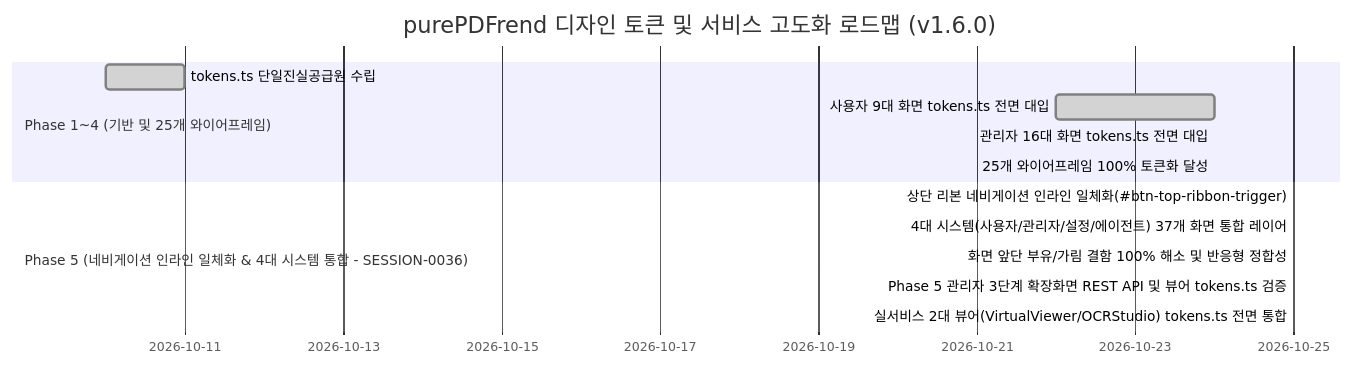
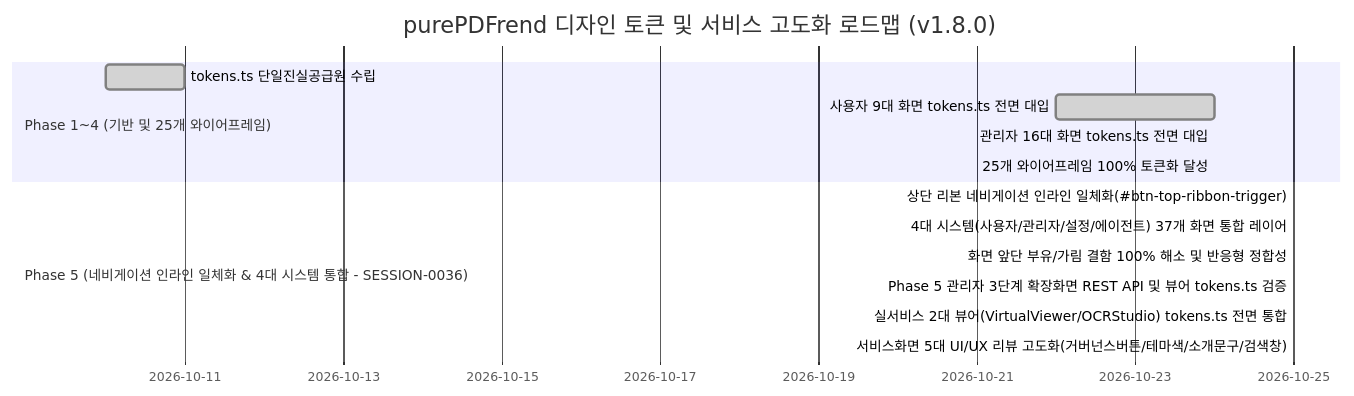
One commit to jkoogit/purePDFrend changed the diagram in docs/07.로드맵/07-02_화면별_디자인_토큰_적용현황_및_단계별_로드맵.md. Above: the diagram before and after it, drawn with Mermaid. The commit also changed other lines of this file and 16 other files, not shown here.

````diff
--- a/docs/07.로드맵/07-02_화면별_디자인_토큰_적용현황_및_단계별_로드맵.md
+++ b/docs/07.로드맵/07-02_화면별_디자인_토큰_적용현황_및_단계별_로드맵.md
@@ -116,16 +118,17 @@
 ```mermaid
 gantt
-    title purePDFrend 디자인 토큰 및 서비스 고도화 로드맵 (v1.6.0)
+    title purePDFrend 디자인 토큰 및 서비스 고도화 로드맵 (v1.8.0)
     dateFormat  YYYY-MM-DD
     section Phase 1~4 (기반 및 25개 와이어프레임)
     tokens.ts 단일진실공급원 수립           :done,    p1_1, 2026-10-10, 2026-10-11
     사용자 9대 화면 tokens.ts 전면 대입     :done,    p1_2, 2026-10-22, 2026-10-24
     관리자 16대 화면 tokens.ts 전면 대입    :done,    p1_3, 2026-10-24, 2026-10-24
     25개 와이어프레임 100% 토큰화 달성      :done,    p1_4, 2026-10-24, 2026-10-24
     section Phase 5 (네비게이션 인라인 일체화 & 4대 시스템 통합 - SESSION-0036)
     상단 리본 네비게이션 인라인 일체화(#btn-top-ribbon-trigger) :done, p5_1, 2026-10-25, 2026-10-25
     4대 시스템(사용자/관리자/설정/에이전트) 37개 화면 통합 레이어 :done, p5_2, 2026-10-25, 2026-10-25
     화면 앞단 부유/가림 결함 100% 해소 및 반응형 정합성 :done, p5_3, 2026-10-25, 2026-10-25
     Phase 5 관리자 3단계 확장화면 REST API 및 뷰어 tokens.ts 검증 :done, p5_4, 2026-10-25, 2026-10-25
     실서비스 2대 뷰어(VirtualViewer/OCRStudio) tokens.ts 전면 통합 :done, p5_5, 2026-10-25, 2026-10-25
+    서비스화면 5대 UI/UX 리뷰 고도화(거버넌스버튼/테마색/소개문구/검색창) :done, p5_6, 2026-10-25, 2026-10-25
 ```
````
